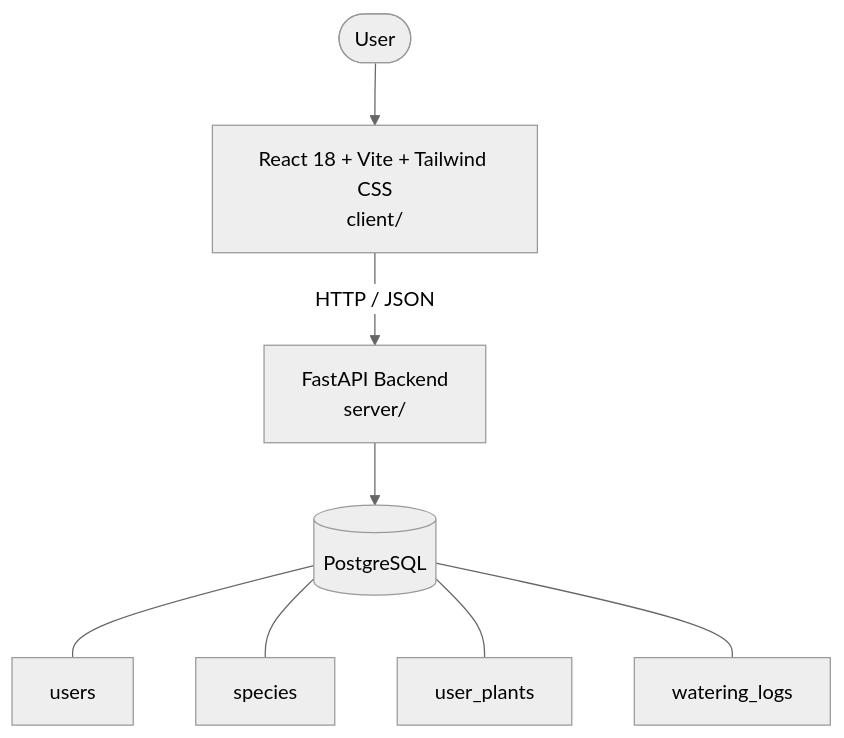
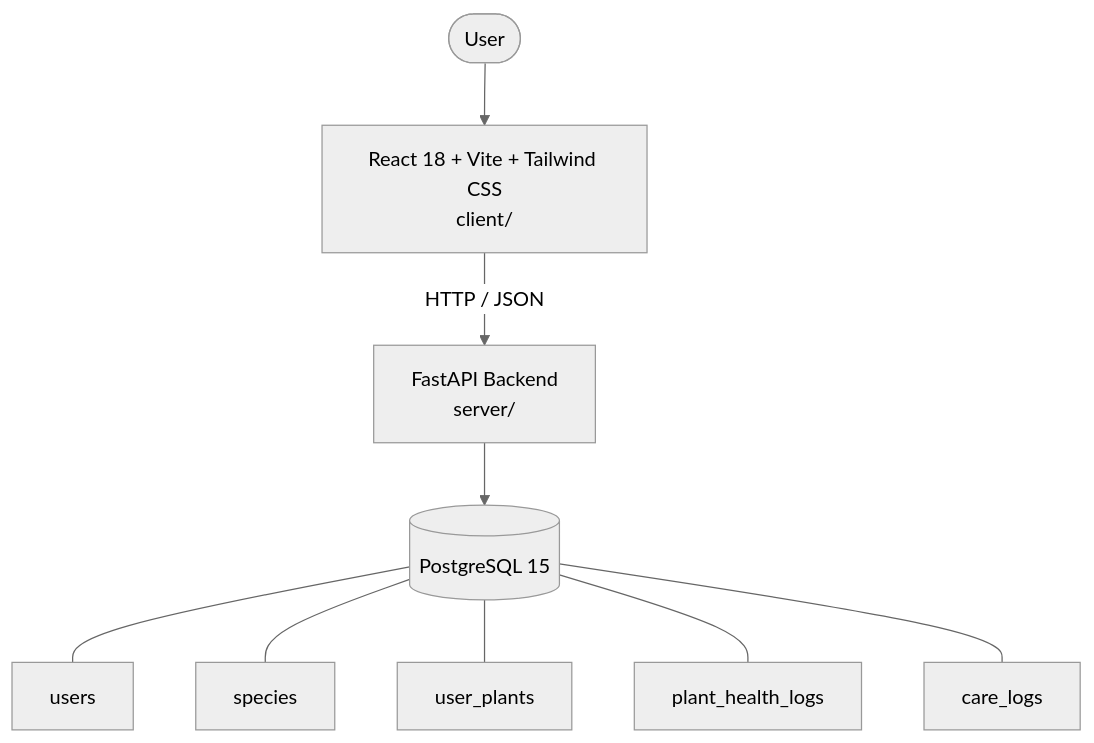
Before and after one commit to p67428378-afk/test2: the diagram in architecture.md, drawn with Mermaid (neutral theme). The commit also changed other lines of this file and 28 other files, not shown here.

````diff
--- a/architecture.md
+++ b/architecture.md
@@ -6,14 +6,15 @@
 ```mermaid
 graph TD
   User([User])
   UI["React 18 + Vite + Tailwind CSS<br/>client/"]
   API["FastAPI Backend<br/>server/"]
-  DB[("PostgreSQL")]
+  DB[("PostgreSQL 15")]
   User --> UI
   UI -->|HTTP / JSON| API
   API --> DB
   DB --- tbl_users["users"]
   DB --- tbl_species["species"]
   DB --- tbl_user_plants["user_plants"]
-  DB --- tbl_watering_logs["watering_logs"]
+  DB --- tbl_plant_health_logs["plant_health_logs"]
+  DB --- tbl_care_logs["care_logs"]
 ```
````
